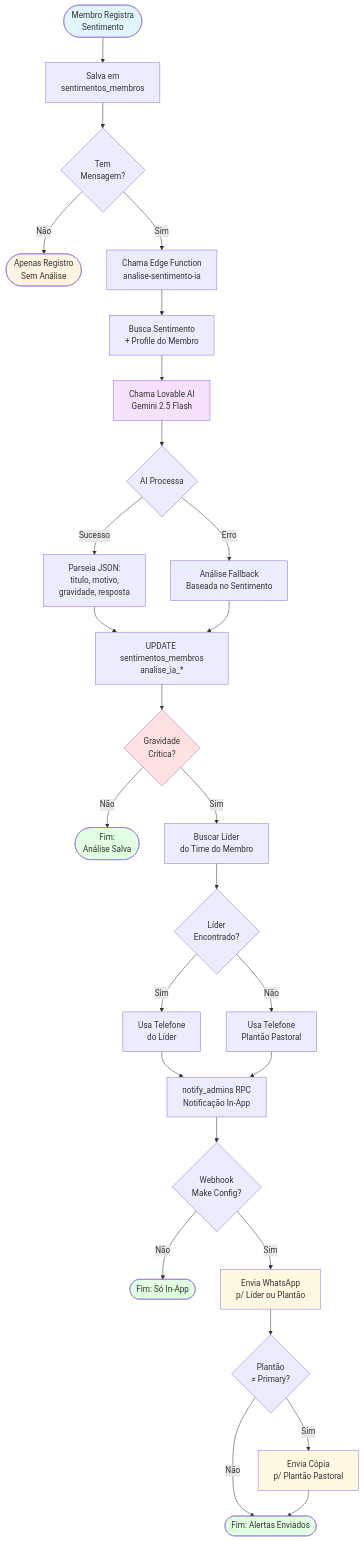
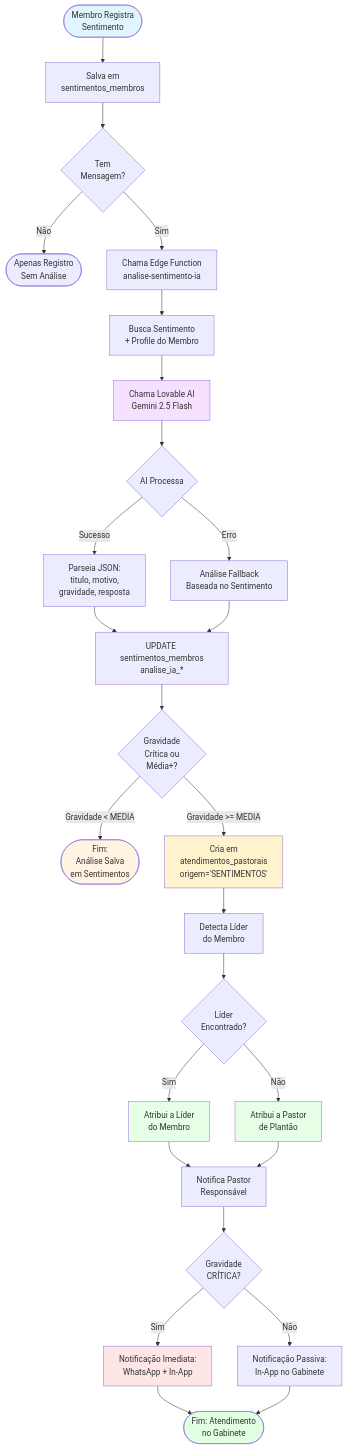
One commit to adrianoapc/igreja-carvalho changed the first of 3 diagrams in docs/diagramas/fluxo-sentimentos-ia.md. Above: the diagram before and after it, drawn with Mermaid. The commit also changed other lines of this file and 11 other files, not shown here.

````diff
--- a/docs/diagramas/fluxo-sentimentos-ia.md
+++ b/docs/diagramas/fluxo-sentimentos-ia.md
@@ -7,57 +7,54 @@
 ```mermaid
 flowchart TD
     Start([Membro Registra<br/>Sentimento]) --> SaveDB[Salva em<br/>sentimentos_membros]
     
     SaveDB --> HasMessage{Tem<br/>Mensagem?}
     
     HasMessage -->|Não| End1([Apenas Registro<br/>Sem Análise])
     HasMessage -->|Sim| CallEdge[Chama Edge Function<br/>analise-sentimento-ia]
     
     CallEdge --> FetchSentiment[Busca Sentimento<br/>+ Profile do Membro]
     
     FetchSentiment --> CallAI[Chama Lovable AI<br/>Gemini 2.5 Flash]
     
     CallAI --> AIProcess{AI Processa}
     
     AIProcess -->|Sucesso| ParseResult[Parseia JSON:<br/>titulo, motivo,<br/>gravidade, resposta]
     AIProcess -->|Erro| FallbackAnalysis[Análise Fallback<br/>Baseada no Sentimento]
     
     ParseResult --> UpdateDB[UPDATE sentimentos_membros<br/>analise_ia_*]
     FallbackAnalysis --> UpdateDB
     
-    UpdateDB --> CheckCritical{Gravidade<br/>Crítica?}
+    UpdateDB --> CheckCritical{Gravidade<br/>Crítica ou<br/>Média+?}
     
-    CheckCritical -->|Não| End2([Fim:<br/>Análise Salva])
+    CheckCritical -->|Gravidade < MEDIA| End2([Fim:<br/>Análise Salva<br/>em Sentimentos])
     
-    CheckCritical -->|Sim| FindLeader[Buscar Líder<br/>do Time do Membro]
+    CheckCritical -->|Gravidade >= MEDIA| CreateGabinete["Cria em<br/>atendimentos_pastorais<br/>origem='SENTIMENTOS'"]
+    
+    CreateGabinete --> FindLeader[Detecta Líder<br/>do Membro]
     
     FindLeader --> HasLeader{Líder<br/>Encontrado?}
     
-    HasLeader -->|Sim| UseLeaderPhone[Usa Telefone<br/>do Líder]
-    HasLeader -->|Não| UsePlantao[Usa Telefone<br/>Plantão Pastoral]
+    HasLeader -->|Sim| AssignLeader["Atribui a Líder<br/>do Membro"]
+    HasLeader -->|Não| AssignPlantao["Atribui a Pastor<br/>de Plantão"]
     
-    UseLeaderPhone --> NotifyAdmins[notify_admins RPC<br/>Notificação In-App]
-    UsePlantao --> NotifyAdmins
+    AssignLeader --> Notify["Notifica Pastor<br/>Responsável"]
+    AssignPlantao --> Notify
     
-    NotifyAdmins --> CheckWebhook{Webhook<br/>Make Config?}
+    Notify --> CheckNotif{Gravidade<br/>CRÍTICA?}
     
-    CheckWebhook -->|Não| End3([Fim: Só In-App])
-    CheckWebhook -->|Sim| SendPrimary[Envia WhatsApp<br/>p/ Líder ou Plantão]
+    CheckNotif -->|Sim| NotifyImm["Notificação Imediata:<br/>WhatsApp + In-App"]
+    CheckNotif -->|Não| NotifyPassive["Notificação Passiva:<br/>In-App no Gabinete"]
     
-    SendPrimary --> CheckCopy{Plantão<br/>≠ Primary?}
-    
-    CheckCopy -->|Sim| SendCopy[Envia Cópia<br/>p/ Plantão Pastoral]
-    CheckCopy -->|Não| End4([Fim: Alertas Enviados])
-    
-    SendCopy --> End4
+    NotifyImm --> End3([Fim: Atendimento<br/>no Gabinete])
+    NotifyPassive --> End3
     
     style Start fill:#e1f5ff
-    style End1 fill:#fff4e1
-    style End2 fill:#e1ffe1
+    style End2 fill:#fff4e1
     style End3 fill:#e1ffe1
-    style End4 fill:#e1ffe1
+    style CreateGabinete fill:#fff3cd
     style CallAI fill:#f5e1ff
-    style CheckCritical fill:#ffe1e1
-    style SendPrimary fill:#fff9e1
-    style SendCopy fill:#fff9e1
+    style AssignLeader fill:#e6ffe6
+    style AssignPlantao fill:#e6ffe6
+    style NotifyImm fill:#ffe6e6
 ```
````
